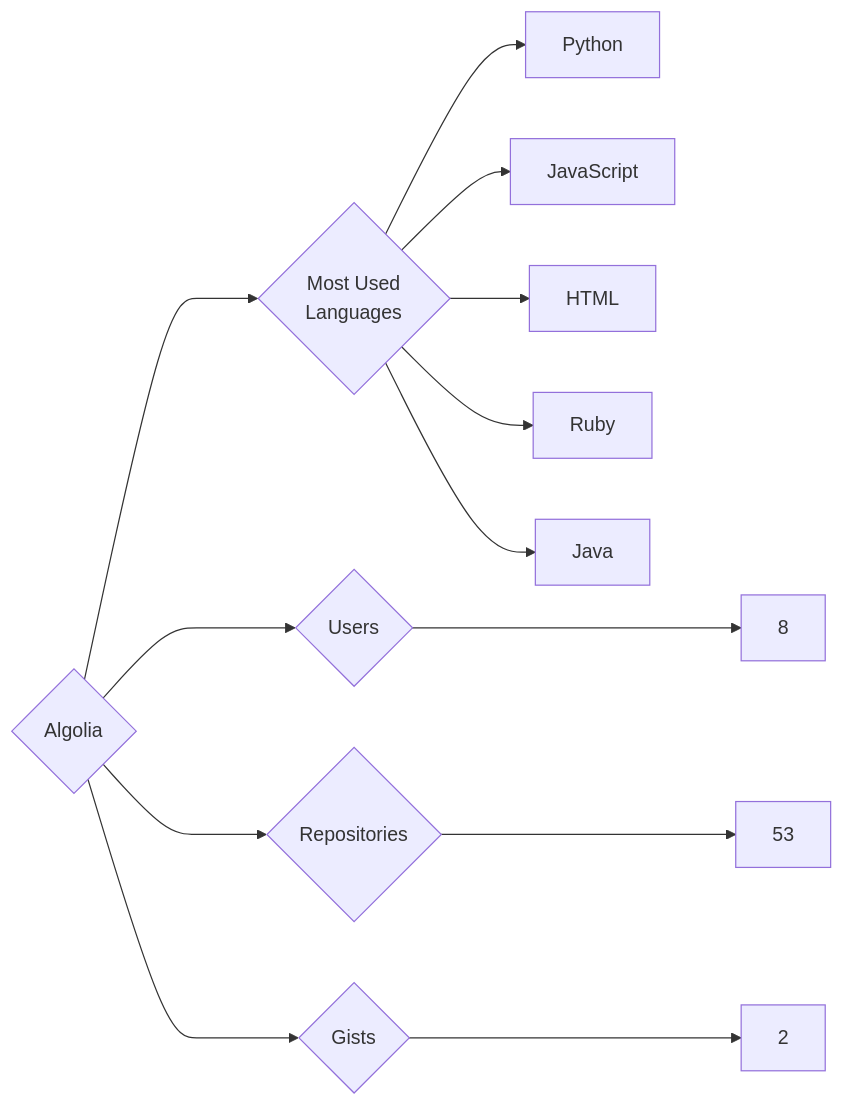
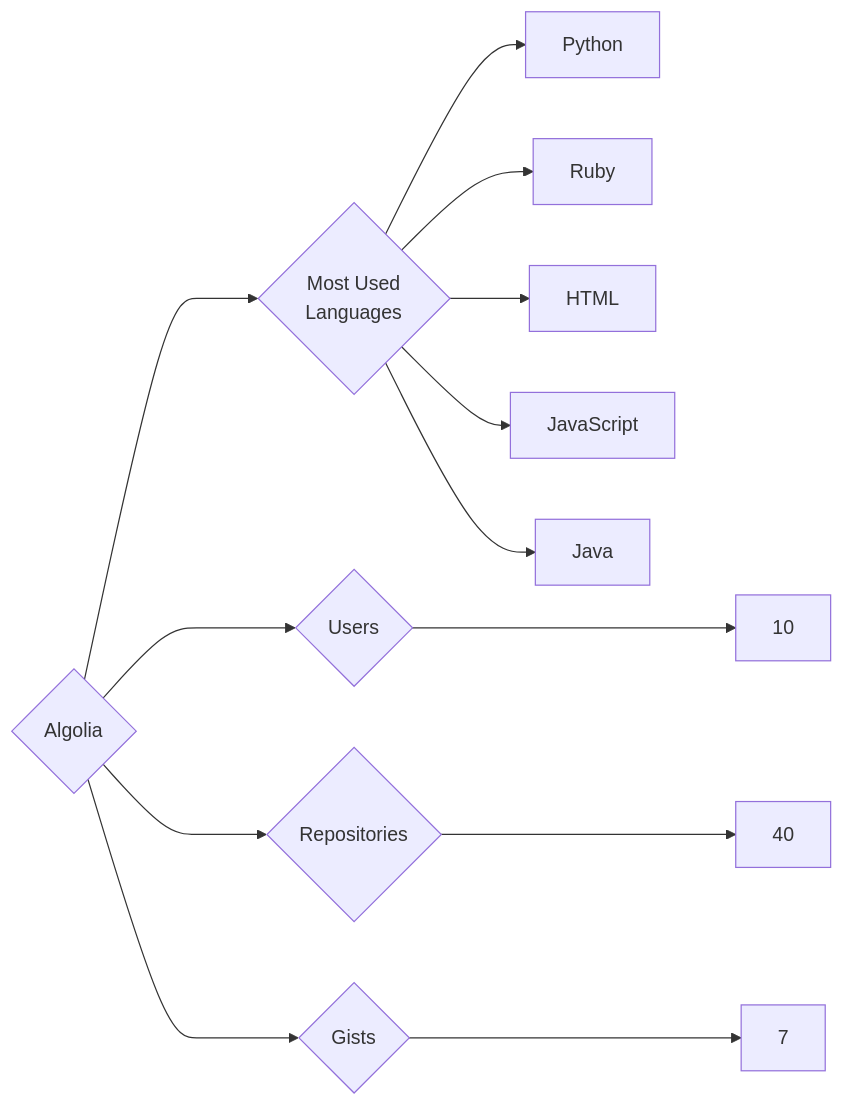
Before and after one commit to trickest/insiders: the diagram in targets/Algolia/README.md, drawn with Mermaid. The commit also changed 1167 other files, not shown here.

````diff
--- a/targets/Algolia/README.md
+++ b/targets/Algolia/README.md
@@ -3,13 +3,13 @@
 ```mermaid
 graph LR
 COMPANY_NAME{Algolia}
-COMPANY_NAME ---> U{Users} ---> UN[8]
-COMPANY_NAME ---> R{Repositories} ---> RN[53]
-COMPANY_NAME ---> G{Gists} ---> GN[2]
+COMPANY_NAME ---> U{Users} ---> UN[10]
+COMPANY_NAME ---> R{Repositories} ---> RN[40]
+COMPANY_NAME ---> G{Gists} ---> GN[7]
 COMPANY_NAME ---> ML{Most Used<br>Languages}
 ML --> Python[Python]
+ML --> Ruby[Ruby]
+ML --> HTML[HTML]
 ML --> JavaScript[JavaScript]
-ML --> HTML[HTML]
-ML --> Ruby[Ruby]
 ML --> Java[Java]
 ```
````
